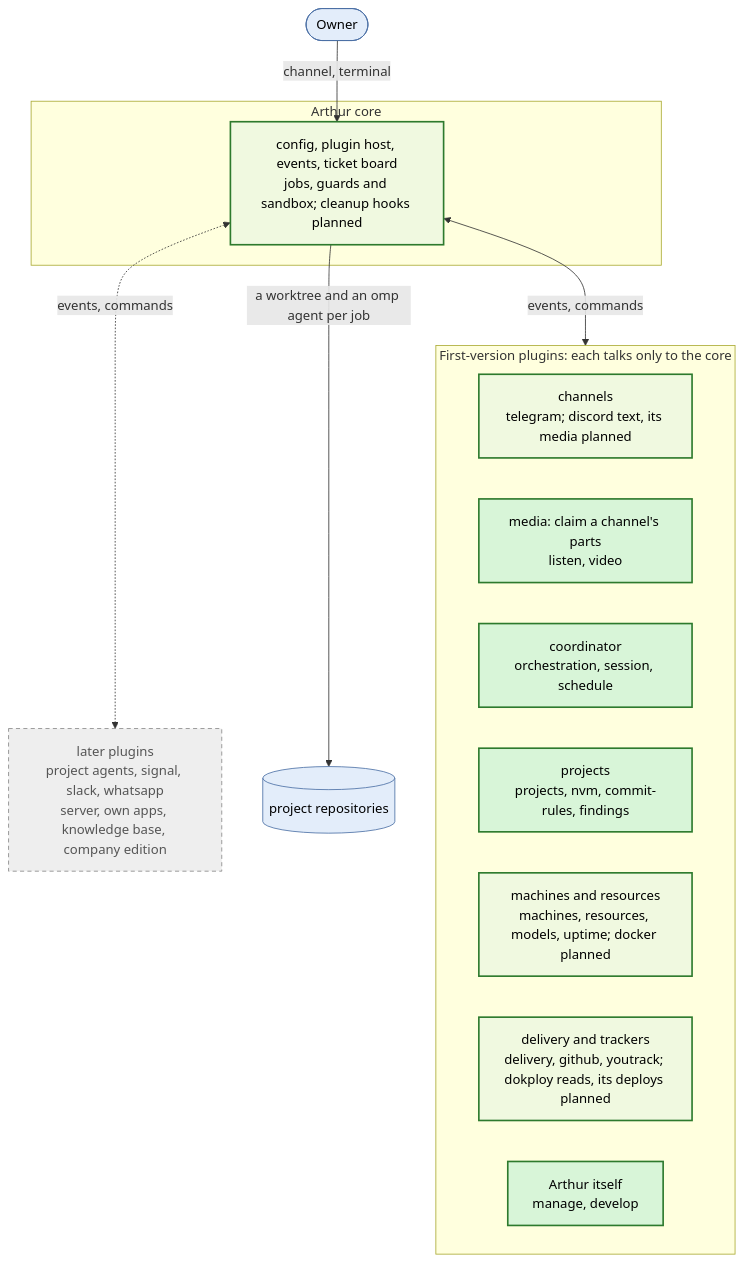
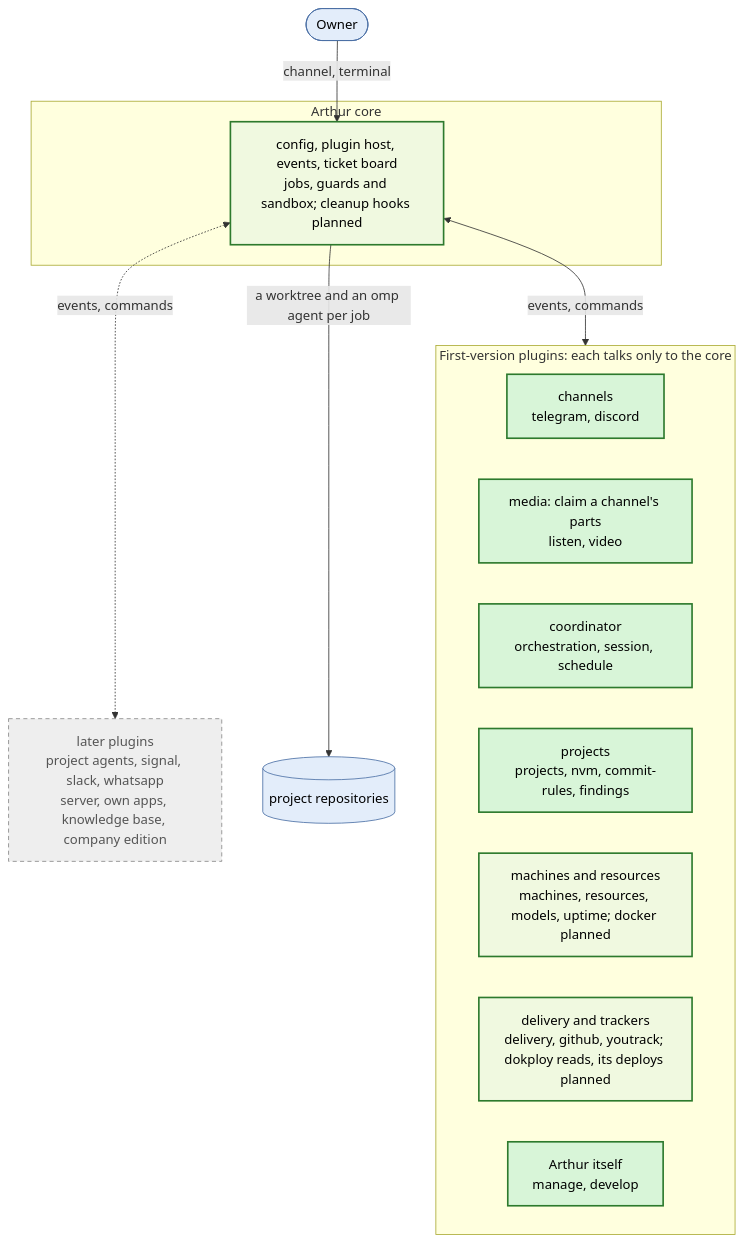
The diagram in README.md (kacperadler/arthur), drawn with Mermaid before and after one commit. The commit also changed other lines of this file and 20 other files, not shown here.

````diff
--- a/README.md
+++ b/README.md
@@ -59,28 +59,28 @@
 ```mermaid
 flowchart TD
   owner([Owner]) -->|channel, terminal| core
   subgraph CORE[Arthur core]
     core[config, plugin host, events, ticket board<br/>jobs, guards and sandbox; cleanup hooks planned]
   end
   subgraph FIRST[First-version plugins: each talks only to the core]
-    chan[channels<br/>telegram; discord text, its media planned]
+    chan[channels<br/>telegram, discord]
     media[media: claim a channel's parts<br/>listen, video]
     coord[coordinator<br/>orchestration, session, schedule]
     proj[projects<br/>projects, nvm, commit-rules, findings]
     res[machines and resources<br/>machines, resources, models, uptime; docker planned]
     deliv[delivery and trackers<br/>delivery, github, youtrack; dokploy reads, its deploys planned]
     self[Arthur itself<br/>manage, develop]
   end
   later[later plugins<br/>project agents, signal, slack, whatsapp<br/>server, own apps, knowledge base, company edition]
   core <-->|events, commands| FIRST
   core <-.->|events, commands| later
   core -->|a worktree and an omp agent per job| repos[(project repositories)]
   classDef built fill:#d8f5d8,stroke:#2d7a2d,stroke-width:2px,color:#000;
   classDef partial fill:#f0f9e0,stroke:#2d7a2d,stroke-width:2px,color:#000;
   classDef planned fill:#eee,stroke:#888,stroke-dasharray:5 4,color:#555;
   classDef outside fill:#e3edfa,stroke:#4a6fa5,color:#000;
-  class coord,proj,self,media built;
-  class core,chan,res,deliv partial;
+  class coord,proj,self,media,chan built;
+  class core,res,deliv partial;
   class later planned;
   class owner,repos outside;
 ```
````
